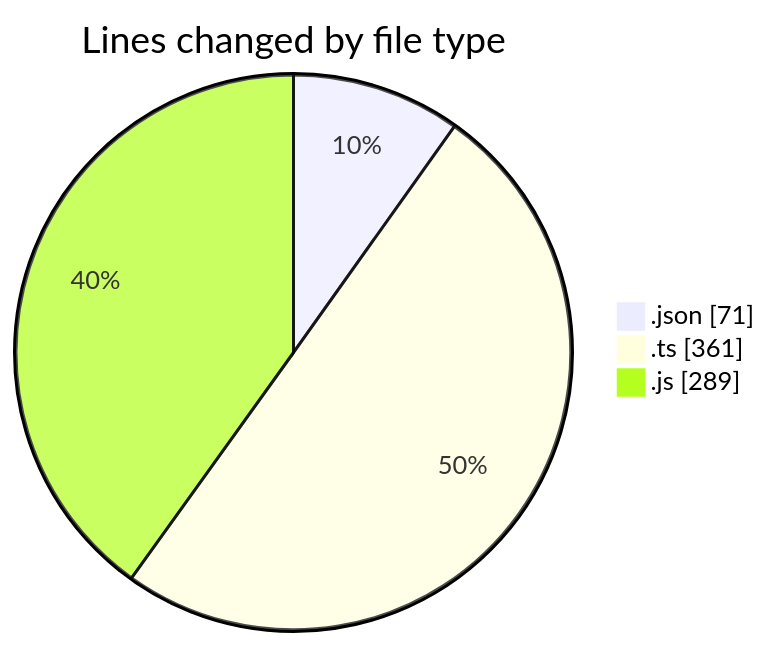
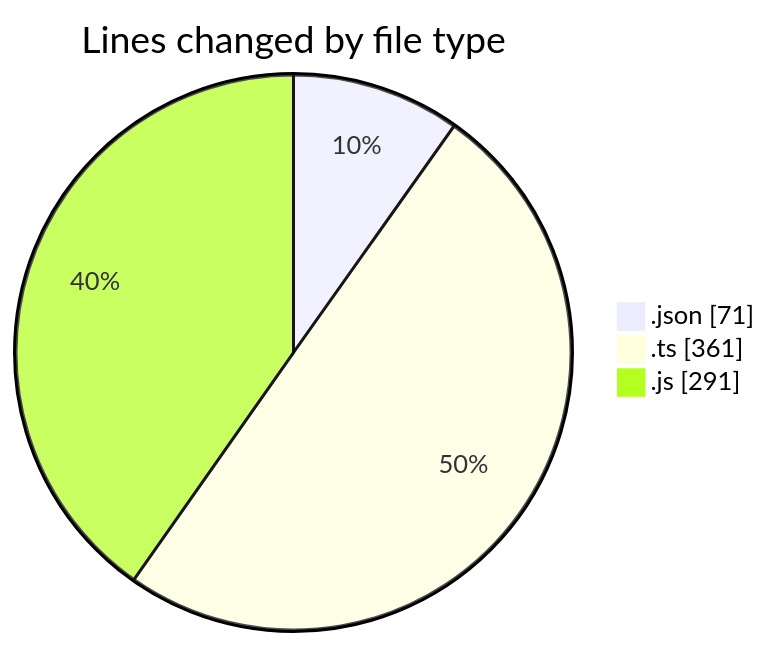
Before and after one commit to momahboobian/code-tracking: the first of 2 diagrams in 2025-02-06/cda/README.md, drawn with Mermaid. The commit also changed other lines of this file and 1 other file, not shown here.

````diff
--- a/2025-02-06/cda/README.md
+++ b/2025-02-06/cda/README.md
@@ -27,7 +27,7 @@
 ```mermaid
 pie showData
 title Lines changed by file type
 ".json" : 71
 ".ts" : 361
-".js" : 289
+".js" : 291
 ```
````
